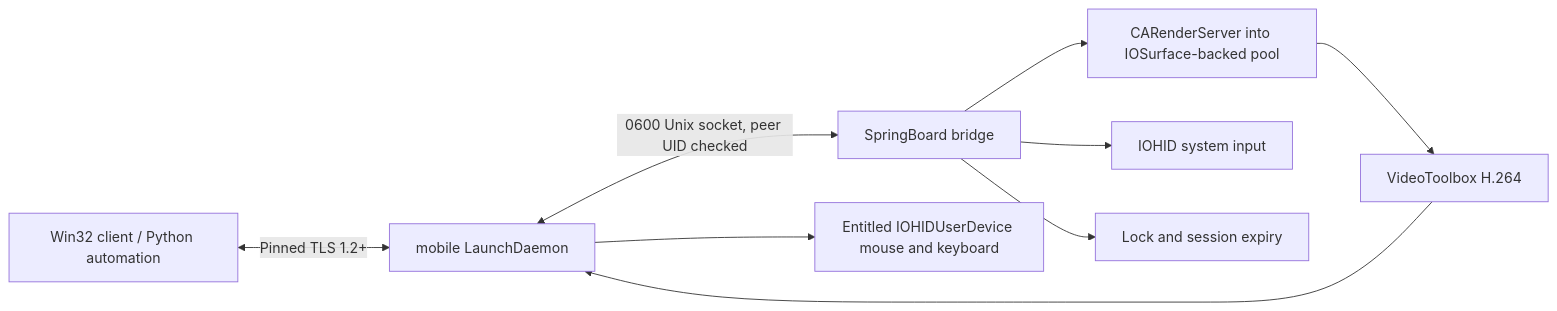
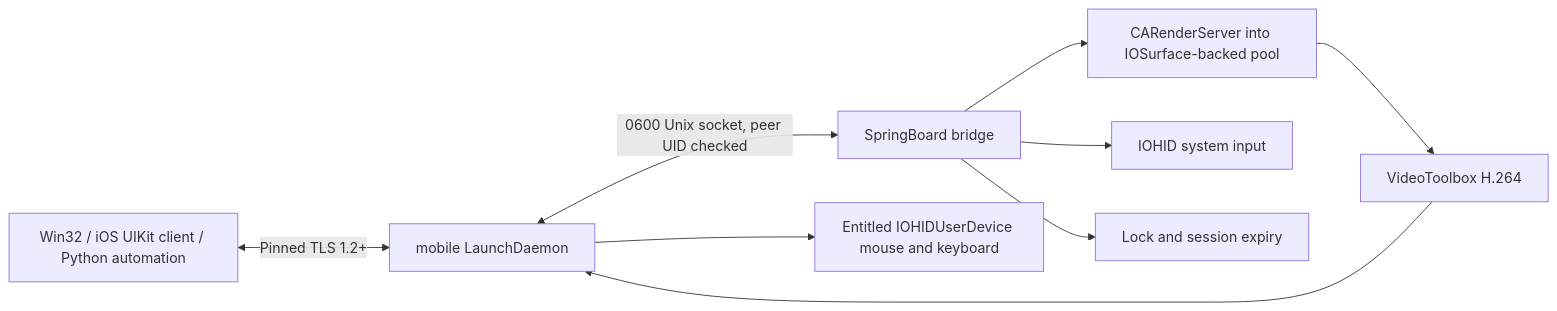
The diagram in docs/ARCHITECTURE.md (Justintunsday/iOSRemoteBridge), drawn with Mermaid before and after one commit. The commit also changed other lines of this file and 4 other files, not shown here.

````diff
--- a/docs/ARCHITECTURE.md
+++ b/docs/ARCHITECTURE.md
@@ -3,11 +3,11 @@
 ```mermaid
 flowchart LR
-  W[Win32 client / Python automation] <-->|Pinned TLS 1.2+| D[mobile LaunchDaemon]
+  W[Win32 / iOS UIKit client / Python automation] <-->|Pinned TLS 1.2+| D[mobile LaunchDaemon]
   D <-->|0600 Unix socket, peer UID checked| S[SpringBoard bridge]
   S --> C[CARenderServer into IOSurface-backed pool]
   C --> V[VideoToolbox H.264]
   V --> D
   S --> H[IOHID system input]
   S --> O[Lock and session expiry]
   D --> N[Entitled IOHIDUserDevice mouse and keyboard]
 ```
````
